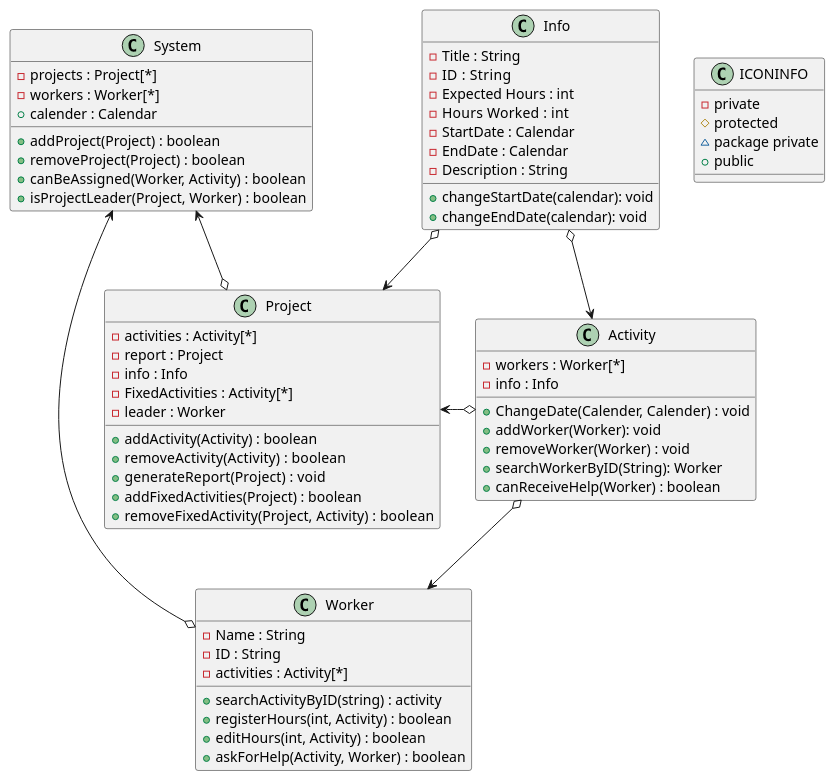
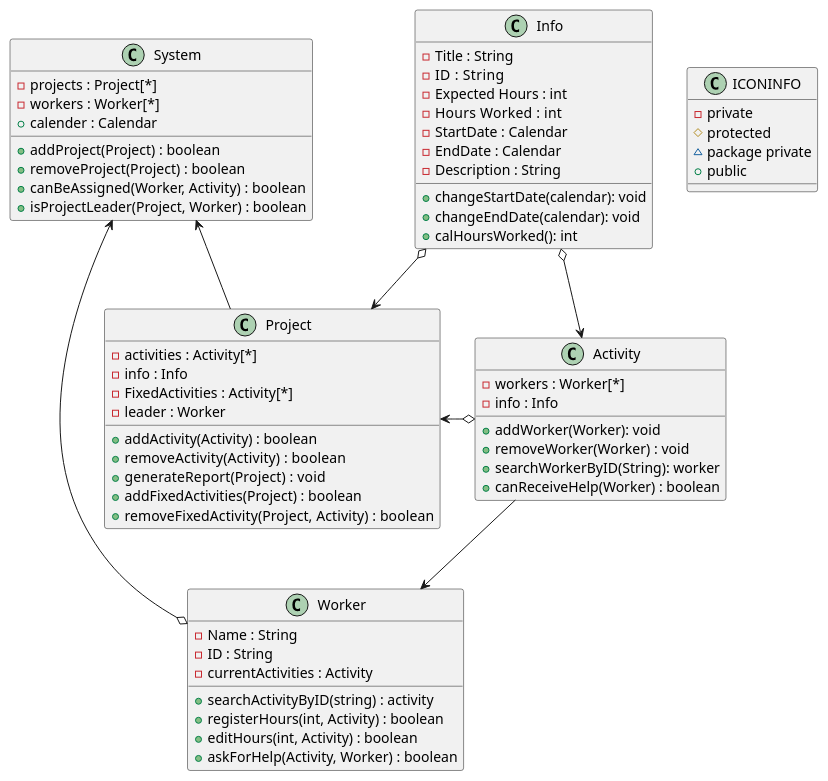
The diagram in Classdiagram.md (Shuhab-Siddigi/Software-Engineering), drawn with PlantUML before and after one commit. The commit also changed 4 other files, not shown here.

Commit message:
opdateret claasdiagram

```diff
--- a/Classdiagram.md
+++ b/Classdiagram.md
@@ -19,11 +19,11 @@
 
 class Worker{
 -Name : String
+-ID : String
+-currentActivities : Activity
 '-HoursAllowed : int
 '-startTimeToday : Calender
 '-endTimeToday : Calender
--ID : String
--activities : Activity[*] 
 
 +searchActivityByID(string) : activity
 +registerHours(int, Activity) : boolean
@@ -34,9 +34,11 @@
 
 class Project{
 -activities : Activity[*]
--report : Project
 -info : Info
 -FixedActivities : Activity[*]
+-leader : Worker
+'-report : Project
+'-Workers : Worker[*]
 '-Title : String
 '-ID :  String
 '-Expected Hours : int
@@ -44,8 +46,7 @@
 '-StartDate : Calendar
 '-EndDate : Calendar
 '-Description : String
--leader : Worker
-'-Workers : Worker[*]
+
 +addActivity(Activity) : boolean
 +removeActivity(Activity) :  boolean
 +generateReport(Project) :  void
@@ -54,6 +55,8 @@
 }
 
 class Activity{
+-workers : Worker[*]
+-info : Info
 '-Title : String
 '-ID :  String
 '-Expected Hours : int
@@ -62,16 +65,15 @@
 '-EndDate : Calendar
 '-Description : String
 '-Leader : Worker
--workers : Worker[*]
--info : Info
 
-'+setProjectLeader(Worker) : void
-+ChangeDate(Calender, Calender) : void
+
 +addWorker(Worker): void
 +removeWorker(Worker) : void 
++searchWorkerByID(String): worker
++canReceiveHelp(Worker) : boolean
+'+ChangeDate(Calender, Calender) : void
 '+canBecomeLeader(Worker) : boolean
-+searchWorkerByID(String): Worker
-+canReceiveHelp(Worker) : boolean
+'+setProjectLeader(Worker) : void
 }
 
 class Info{
@@ -85,11 +87,12 @@
 
 +changeStartDate(calendar): void
 +changeEndDate(calendar): void
++calHoursWorked(): int
 }
 
 Worker o-up-> System
-Project o-up-> System
-Activity o-down-> Worker
+Project -up-> System
+Activity -down-> Worker
 Activity o-left-> Project  
 Info o-down-> Activity
 Info o-down-> Project
```
